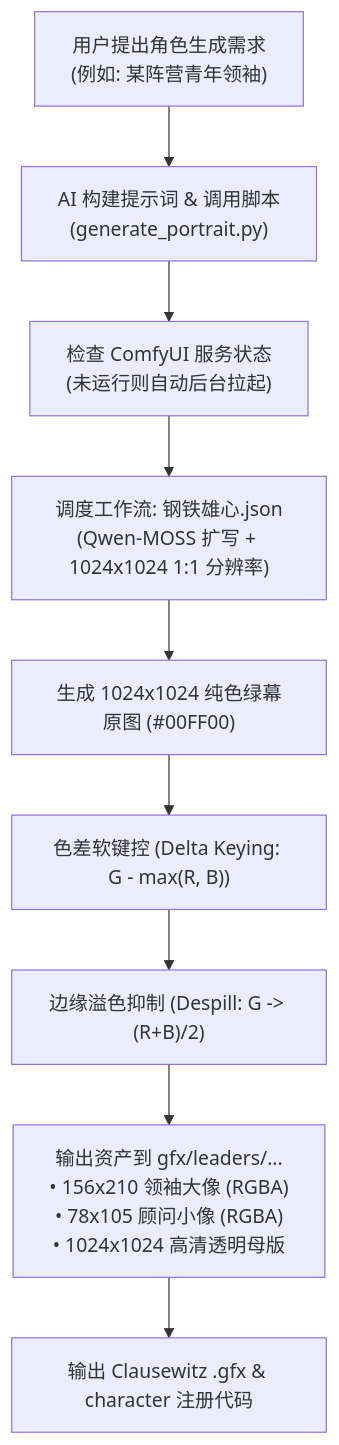
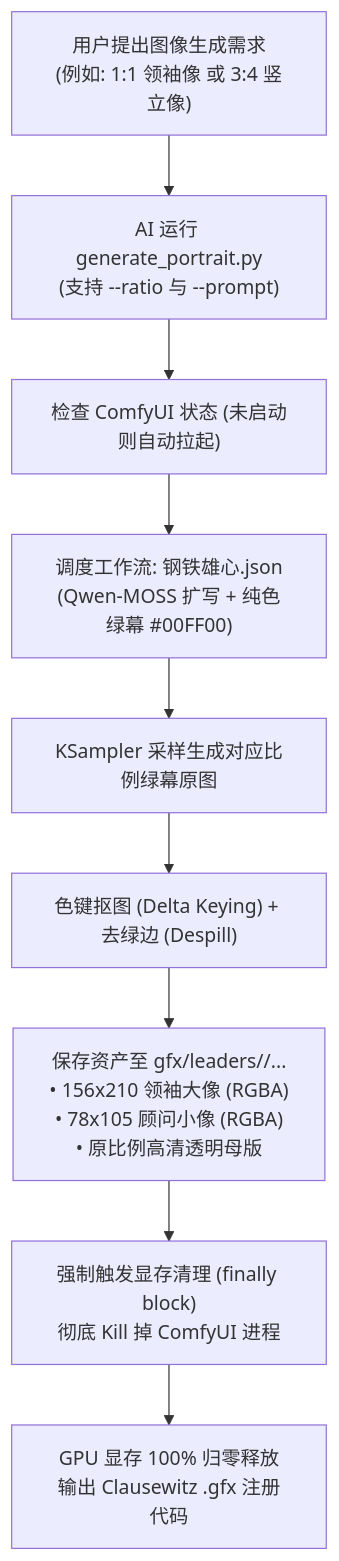
The diagram in .agents/skills/hoi4-portrait-generator/SKILL.md (DX-Protst/HOI4-Dream-of-Yandao-Street), drawn with Mermaid before and after one commit. The commit also changed other lines of this file and 6 other files, not shown here.

````diff
--- a/.agents/skills/hoi4-portrait-generator/SKILL.md
+++ b/.agents/skills/hoi4-portrait-generator/SKILL.md
@@ -28,11 +50,11 @@
 ```mermaid
 flowchart TD
-    A["用户提出角色生成需求<br/>(例如: 某阵营青年领袖)"] --> B["AI 构建提示词 & 调用脚本<br/>(generate_portrait.py)"]
-    B --> C["检查 ComfyUI 服务状态<br/>(未运行则自动后台拉起)"]
-    C --> D["调度工作流: 钢铁雄心.json<br/>(Qwen-MOSS 扩写 + 1024x1024 1:1 分辨率)"]
-    D --> E["生成 1024x1024 纯色绿幕原图 (#00FF00)"]
-    E --> F["色差软键控 (Delta Keying: G - max(R, B))"]
-    F --> G["边缘溢色抑制 (Despill: G -> (R+B)/2)"]
-    G --> H["输出资产到 gfx/leaders/...<br/>• 156x210 领袖大像 (RGBA)<br/>• 78x105 顾问小像 (RGBA)<br/>• 1024x1024 高清透明母版"]
-    H --> I["输出 Clausewitz .gfx & character 注册代码"]
+    A["用户提出图像生成需求<br/>(例如: 1:1 领袖像 或 3:4 竖立像)"] --> B["AI 运行 generate_portrait.py<br/>(支持 --ratio 与 --prompt)"]
+    B --> C["检查 ComfyUI 状态 (未启动则自动拉起)"]
+    C --> D["调度工作流: 钢铁雄心.json<br/>(Qwen-MOSS 扩写 + 纯色绿幕 #00FF00)"]
+    D --> E["KSampler 采样生成对应比例绿幕原图"]
+    E --> F["色键抠图 (Delta Keying) + 去绿边 (Despill)"]
+    F --> G["保存资产至 gfx/leaders/<TAG>/...<br/>• 156x210 领袖大像 (RGBA)<br/>• 78x105 顾问小像 (RGBA)<br/>• 原比例高清透明母版"]
+    G --> H["强制触发显存清理 (finally block)<br/>彻底 Kill 掉 ComfyUI 进程"]
+    H --> I["GPU 显存 100% 归零释放<br/>输出 Clausewitz .gfx 注册代码"]
 ```
````
